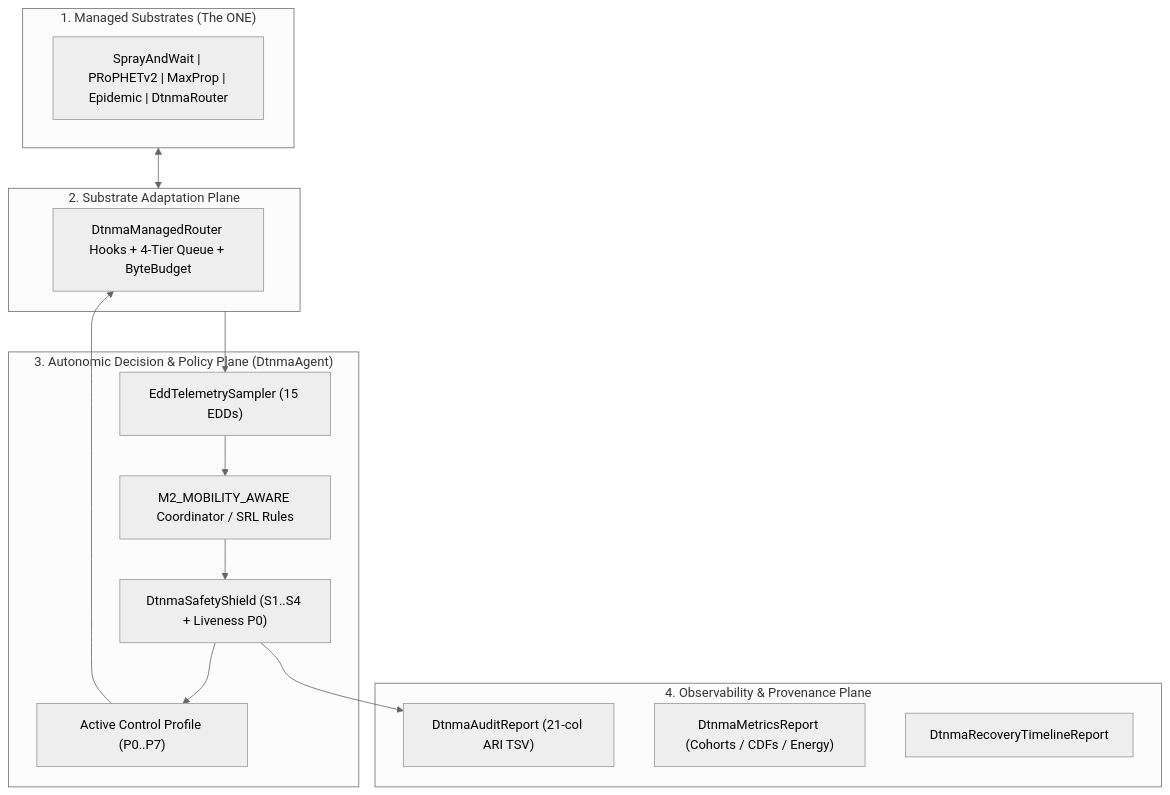
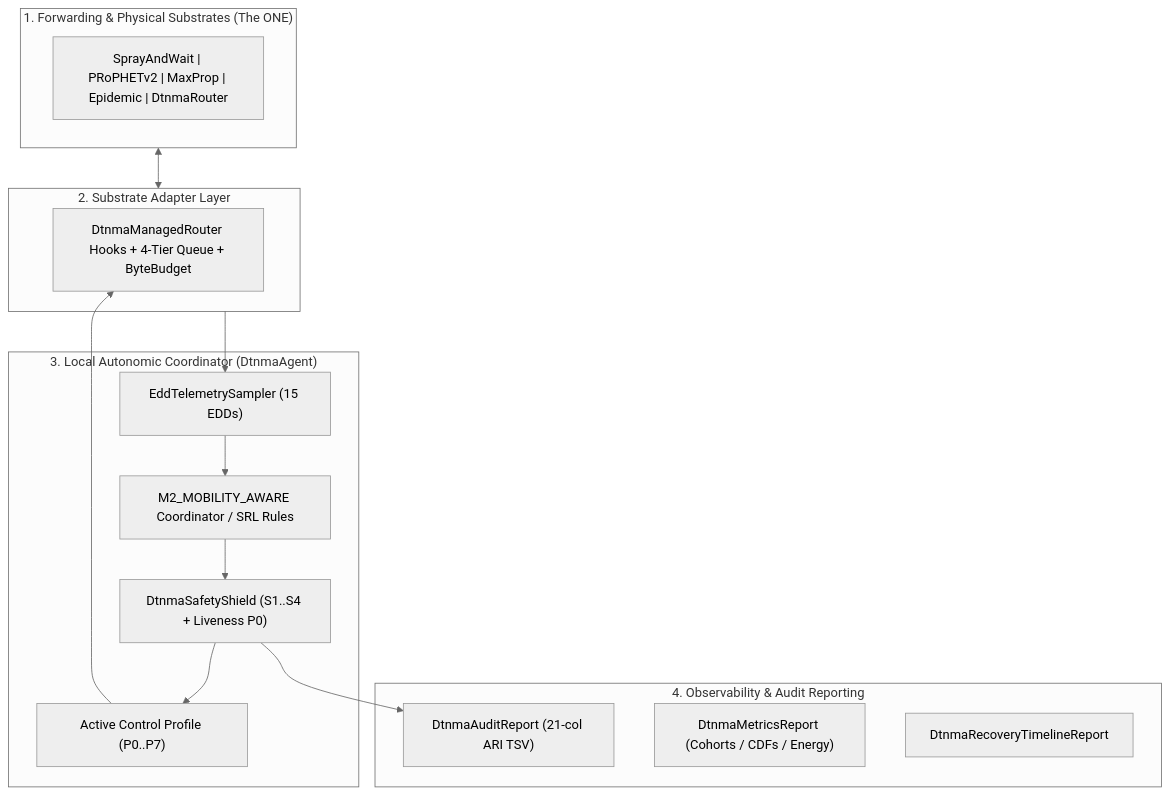
Before and after one commit to nafisshahriar/ADTNM: the diagram in docs/study-guide/figures/mmd/fig01_architecture_overview.mmd, drawn with Mermaid (neutral theme). The commit also changed 47 other files, not shown here.

```diff
--- a/docs/study-guide/figures/mmd/fig01_architecture_overview.mmd
+++ b/docs/study-guide/figures/mmd/fig01_architecture_overview.mmd
@@ -1,23 +1,23 @@
 flowchart TB
-  subgraph P4["4. Observability & Provenance Plane"]
+  subgraph L4["4. Observability & Audit Reporting"]
     R1["DtnmaAuditReport (21-col ARI TSV)"]
     R2["DtnmaMetricsReport (Cohorts / CDFs / Energy)"]
     R3["DtnmaRecoveryTimelineReport"]
   end
-  subgraph P3["3. Autonomic Decision & Policy Plane (DtnmaAgent)"]
+  subgraph L3["3. Local Autonomic Coordinator (DtnmaAgent)"]
     EDD["EddTelemetrySampler (15 EDDs)"]
     COORD["M2_MOBILITY_AWARE Coordinator / SRL Rules"]
     SHIELD["DtnmaSafetyShield (S1..S4 + Liveness P0)"]
     PROF["Active Control Profile (P0..P7)"]
     EDD --> COORD --> SHIELD --> PROF
   end
-  subgraph P2["2. Substrate Adaptation Plane"]
+  subgraph L2["2. Substrate Adapter Layer"]
     MR["DtnmaManagedRouter Hooks + 4-Tier Queue + ByteBudget"]
   end
-  subgraph P1["1. Managed Substrates (The ONE)"]
+  subgraph L1["1. Forwarding & Physical Substrates (The ONE)"]
     SUB["SprayAndWait | PRoPHETv2 | MaxProp | Epidemic | DtnmaRouter"]
   end
-  P1 <--> P2
-  P2 --> EDD
+  L1 <--> L2
+  L2 --> EDD
   PROF --> MR
   SHIELD --> R1
```
